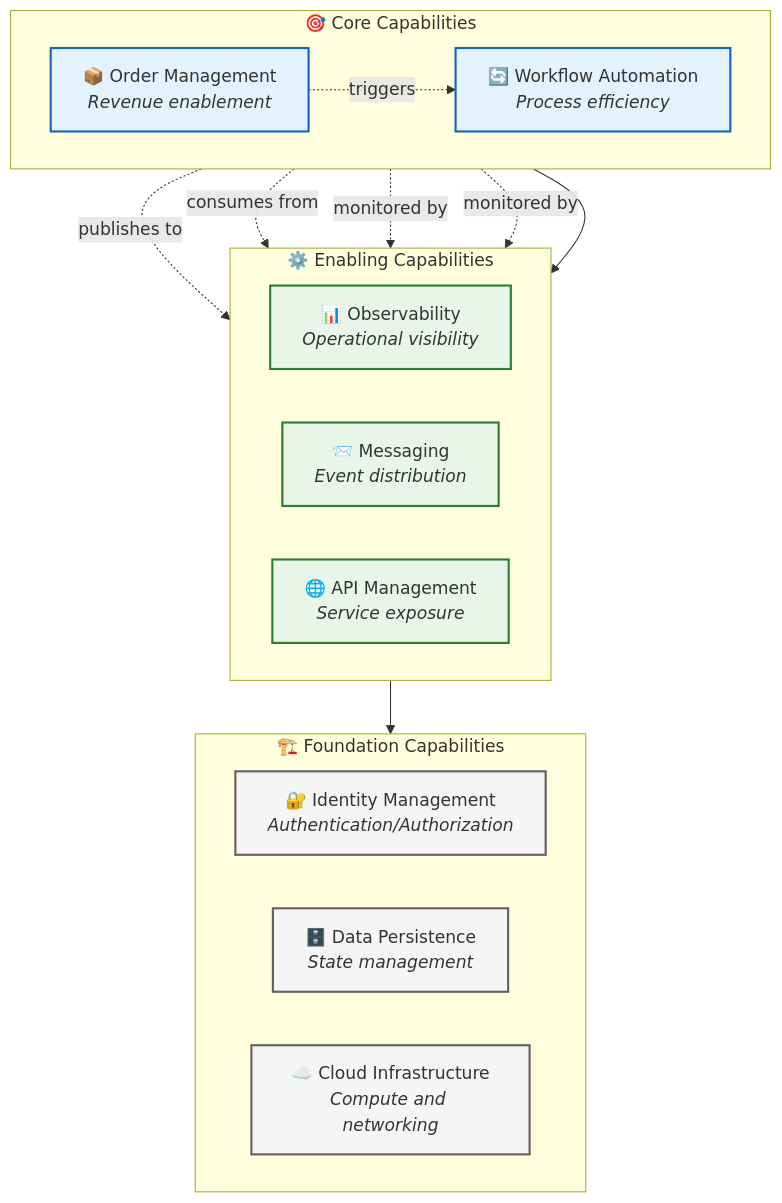
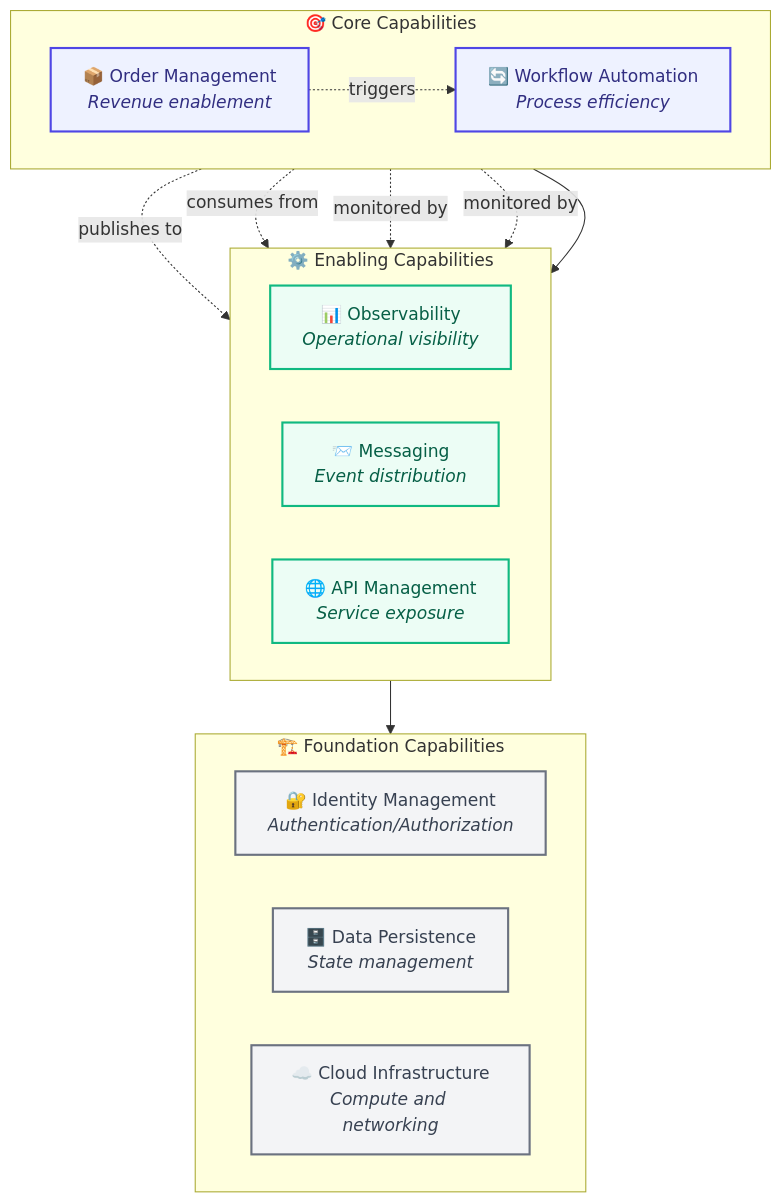
The first of 4 diagrams in docs/architecture/01-business-architecture.md (Evilazaro/Azure-LogicApps-Monitoring), drawn with Mermaid before and after one commit. The commit also changed other lines of this file and 4 other files, not shown here.

Commit message:
feat(docs): Enhance architecture documentation with detailed diagrams and modern color palette

````diff
--- a/docs/architecture/01-business-architecture.md
+++ b/docs/architecture/01-business-architecture.md
@@ -49,38 +49,42 @@
 ```mermaid
 flowchart TB
+    %% Business Capability Map - Shows layered architecture of capabilities
     subgraph Core["🎯 Core Capabilities"]
         direction LR
         C1["📦 Order Management<br/><i>Revenue enablement</i>"]
         C2["🔄 Workflow Automation<br/><i>Process efficiency</i>"]
     end
 
     subgraph Enabling["⚙️ Enabling Capabilities"]
         direction LR
         E1["📊 Observability<br/><i>Operational visibility</i>"]
         E2["📨 Messaging<br/><i>Event distribution</i>"]
         E3["🌐 API Management<br/><i>Service exposure</i>"]
     end
 
     subgraph Foundation["🏗️ Foundation Capabilities"]
         direction LR
         F1["🔐 Identity Management<br/><i>Authentication/Authorization</i>"]
         F2["🗄️ Data Persistence<br/><i>State management</i>"]
         F3["☁️ Cloud Infrastructure<br/><i>Compute and networking</i>"]
     end
 
+    %% Hierarchical dependencies
     Core --> Enabling --> Foundation
 
+    %% Cross-capability relationships
     C1 -.->|"triggers"| C2
     C1 -.->|"publishes to"| E2
     C2 -.->|"consumes from"| E2
     C1 -.->|"monitored by"| E1
     C2 -.->|"monitored by"| E1
 
-    classDef core fill:#e3f2fd,stroke:#1565c0,stroke-width:2px
-    classDef enabling fill:#e8f5e9,stroke:#2e7d32,stroke-width:2px
-    classDef foundation fill:#f5f5f5,stroke:#616161,stroke-width:2px
+    %% Modern color palette - WCAG AA compliant
+    classDef core fill:#EEF2FF,stroke:#4F46E5,stroke-width:2px,color:#312E81
+    classDef enabling fill:#ECFDF5,stroke:#10B981,stroke-width:2px,color:#065F46
+    classDef foundation fill:#F3F4F6,stroke:#6B7280,stroke-width:2px,color:#374151
 
     class C1,C2 core
     class E1,E2,E3 enabling
     class F1,F2,F3 foundation
 ```
````
